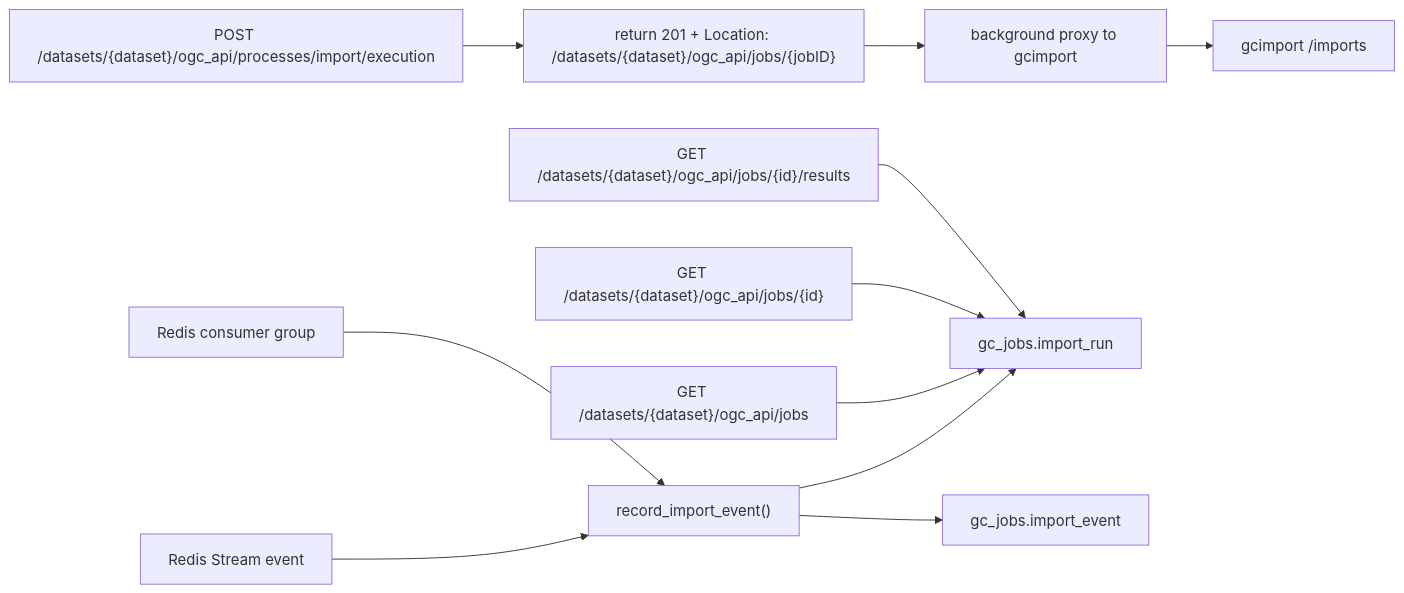
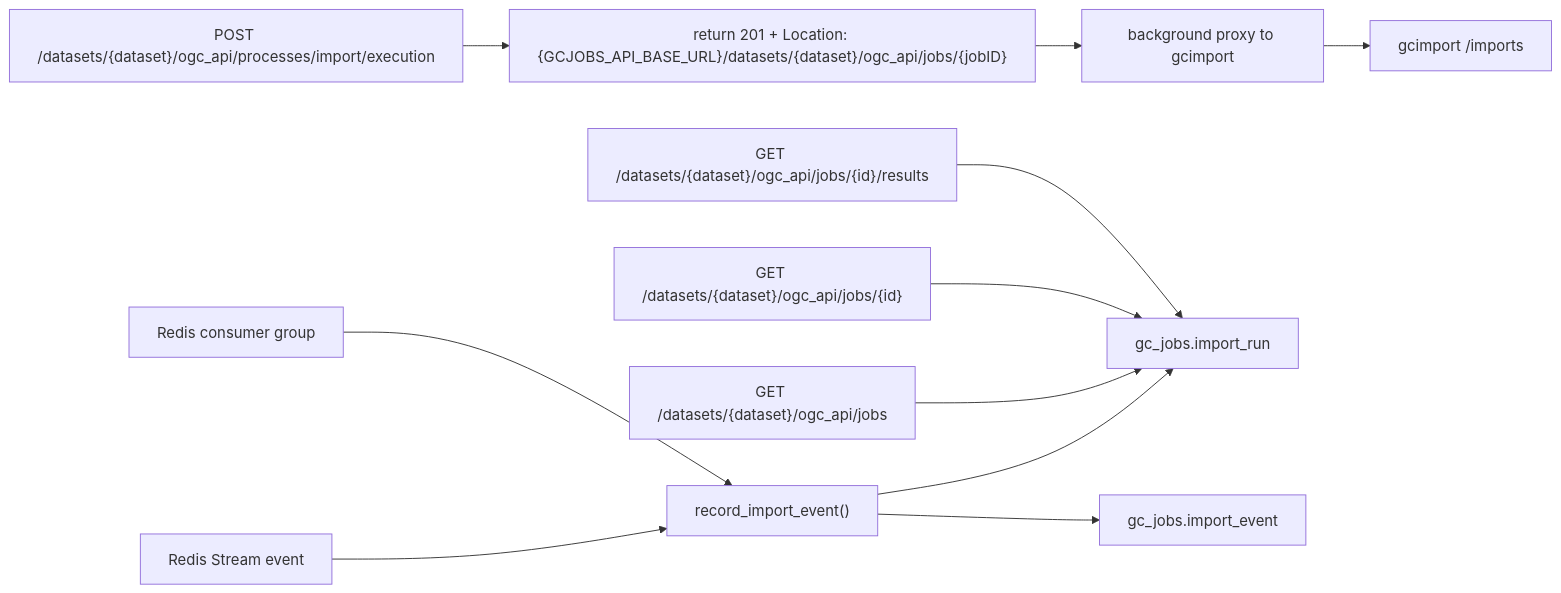
One commit to kartverket/topografisk-gdb-api changed the fifth of 10 diagrams in docs/ARCHITECTURE.md. Above: the diagram before and after it, drawn with Mermaid. The commit also changed other lines of this file and 31 other files, not shown here.

````diff
--- a/docs/ARCHITECTURE.md
+++ b/docs/ARCHITECTURE.md
@@ -210,13 +211,13 @@
 ```mermaid
 flowchart LR
-  START["POST /datasets/{dataset}/ogc_api/processes/import/execution"] --> ACCEPT["return 201 + Location: /datasets/{dataset}/ogc_api/jobs/{jobID}"]
+  START["POST /datasets/{dataset}/ogc_api/processes/import/execution"] --> ACCEPT["return 201 + Location: {GCJOBS_API_BASE_URL}/datasets/{dataset}/ogc_api/jobs/{jobID}"]
   ACCEPT --> PROXY["background proxy to gcimport"]
   EV["Redis Stream event"] --> WRITE["record_import_event()"]
   WRITE --> RUN["gc_jobs.import_run"]
   WRITE --> LOG["gc_jobs.import_event"]
   READ1["GET /datasets/{dataset}/ogc_api/jobs"] --> RUN
   READ2["GET /datasets/{dataset}/ogc_api/jobs/{id}"] --> RUN
   READ3["GET /datasets/{dataset}/ogc_api/jobs/{id}/results"] --> RUN
   PROXY --> GCIMPORT["gcimport /imports"]
   REDIS["Redis consumer group"] --> WRITE
 ```
````
